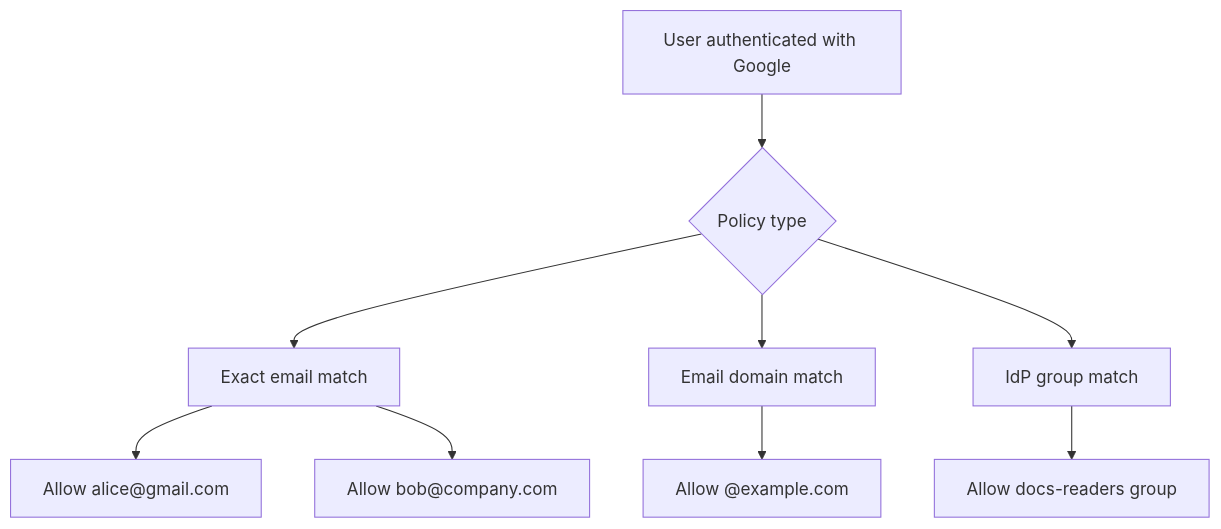
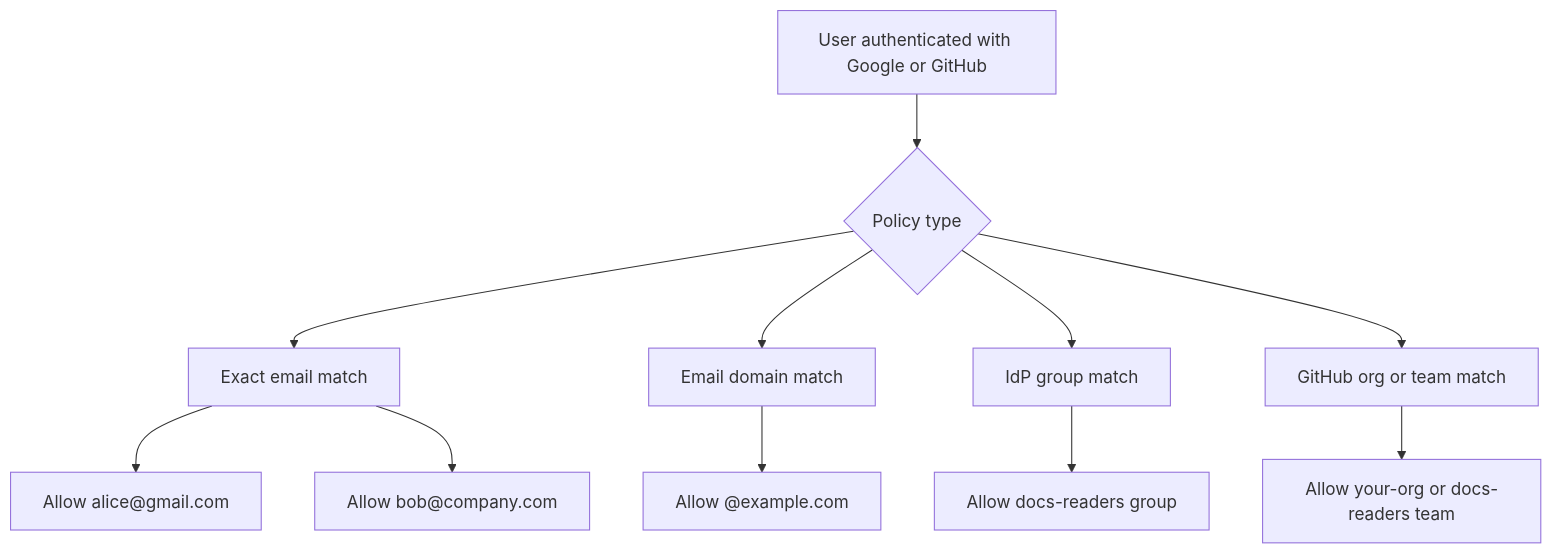
One commit to ddingpy/myblog changed the ninth of 16 diagrams in _posts/devops/2026-04-24-cloudflare-pages-jekyll-google-access-private-docs-guide.md. Above: the diagram before and after it, drawn with Mermaid. The commit also changed other lines of this file, not shown here.

Commit message:
docs: add GitHub integration instructions to Cloudflare Pages guide, update access policies and IdP configuration examples

````diff
--- a/_posts/devops/2026-04-24-cloudflare-pages-jekyll-google-access-private-docs-guide.md
+++ b/_posts/devops/2026-04-24-cloudflare-pages-jekyll-google-access-private-docs-guide.md
@@ -424,12 +479,14 @@
 ```mermaid
 flowchart TD
-    A[User authenticated with Google] --> B{Policy type}
+    A[User authenticated with Google or GitHub] --> B{Policy type}
     B --> C[Exact email match]
     B --> D[Email domain match]
     B --> E[IdP group match]
+    B --> J[GitHub org or team match]
 
     C --> F[Allow alice@gmail.com]
     C --> G[Allow bob@company.com]
     D --> H[Allow @example.com]
     E --> I[Allow docs-readers group]
+    J --> K[Allow your-org or docs-readers team]
 ```
````
